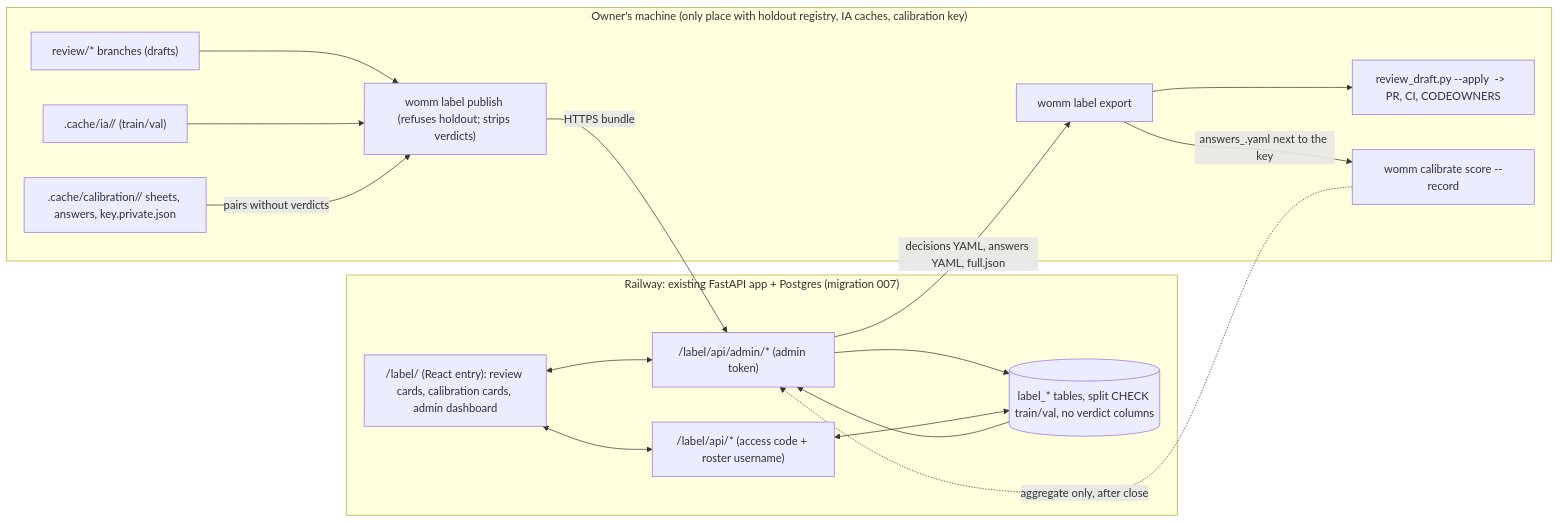
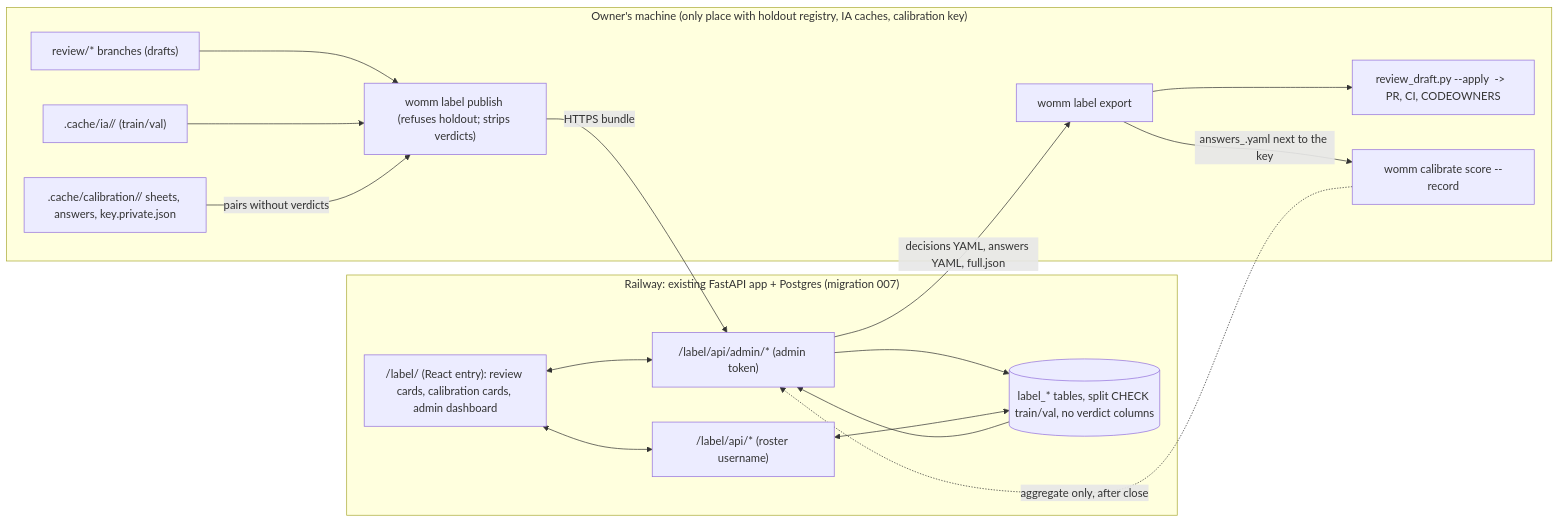
One commit to Ivy-Chen1999/Distributed-agent changed the diagram in docs/plans/2026-10-08-001-feat-labelling-web-ui-plan.md. Above: the diagram before and after it, drawn with Mermaid. The commit also changed other lines of this file, not shown here.

Commit message:
docs: labelling UI signs reviewers in with their rostered GitHub username alone

````diff
--- a/docs/plans/2026-10-08-001-feat-labelling-web-ui-plan.md
+++ b/docs/plans/2026-10-08-001-feat-labelling-web-ui-plan.md
@@ -203,28 +203,28 @@
 ```mermaid
 flowchart LR
   subgraph OWNER["Owner's machine (only place with holdout registry, IA caches, calibration key)"]
     RB["review/* branches (drafts)"]
     IA[".cache/ia/<fixture>/ (train/val)"]
     CS[".cache/calibration/<name>/ sheets, answers, key.private.json"]
     PUB["womm label publish (refuses holdout; strips verdicts)"]
     EXP["womm label export"]
     APPLY["review_draft.py --apply  ->  PR, CI, CODEOWNERS"]
     SCORE["womm calibrate score --record"]
   end
   subgraph RAIL["Railway: existing FastAPI app + Postgres (migration 007)"]
     ADM["/label/api/admin/* (admin token)"]
-    REV["/label/api/* (access code + roster username)"]
+    REV["/label/api/* (roster username)"]
     DB[("label_* tables, split CHECK train/val, no verdict columns")]
     UI["/label/ (React entry): review cards, calibration cards, admin dashboard"]
   end
   RB --> PUB
   IA --> PUB
   CS -->|"pairs without verdicts"| PUB
   PUB -->|"HTTPS bundle"| ADM --> DB
   UI <--> REV <--> DB
   UI <--> ADM
   DB --> ADM -->|"decisions YAML, answers YAML, full.json"| EXP
   EXP --> APPLY
   EXP -->|"answers_<name>.yaml next to the key"| SCORE
   SCORE -.->|"aggregate only, after close"| ADM
 ```
````
